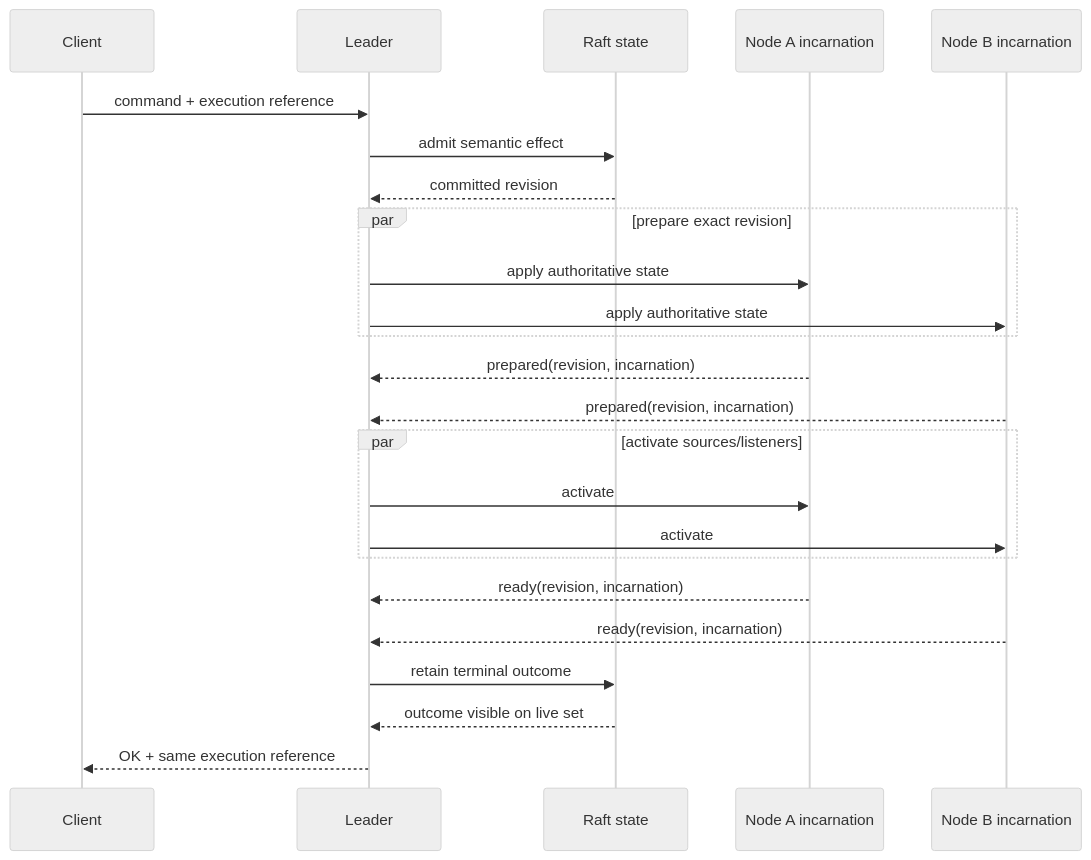
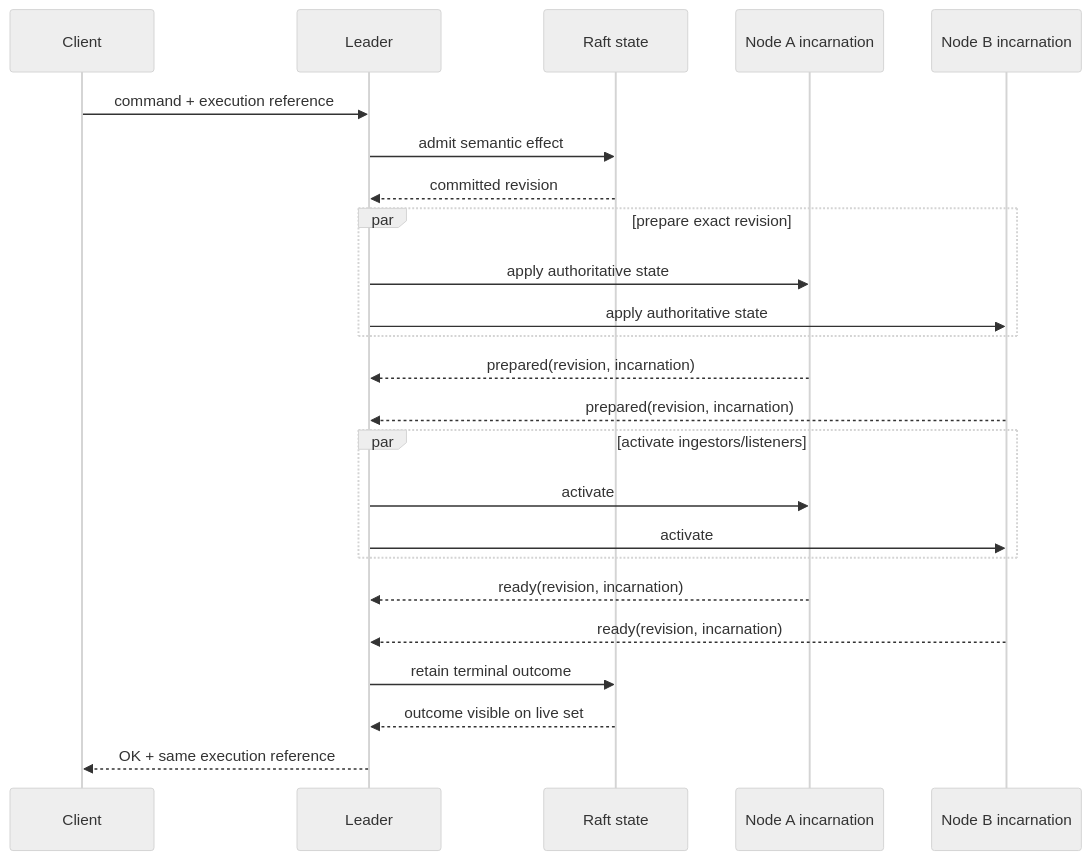
Before and after one commit to nervix-io/nervix: the third of 5 diagrams in docs/src/command-completion.md, drawn with Mermaid (neutral theme). The commit also changed other lines of this file and 49 other files, not shown here.

````diff
--- a/docs/src/command-completion.md
+++ b/docs/src/command-completion.md
@@ -236,26 +236,26 @@
 ```mermaid
 sequenceDiagram
     participant C as Client
     participant L as Leader
     participant R as Raft state
     participant A as Node A incarnation
     participant B as Node B incarnation
     C->>L: command + execution reference
     L->>R: admit semantic effect
     R-->>L: committed revision
     par prepare exact revision
         L->>A: apply authoritative state
         L->>B: apply authoritative state
     end
     A-->>L: prepared(revision, incarnation)
     B-->>L: prepared(revision, incarnation)
-    par activate sources/listeners
+    par activate ingestors/listeners
         L->>A: activate
         L->>B: activate
     end
     A-->>L: ready(revision, incarnation)
     B-->>L: ready(revision, incarnation)
     L->>R: retain terminal outcome
     R-->>L: outcome visible on live set
     L-->>C: OK + same execution reference
 ```
````
